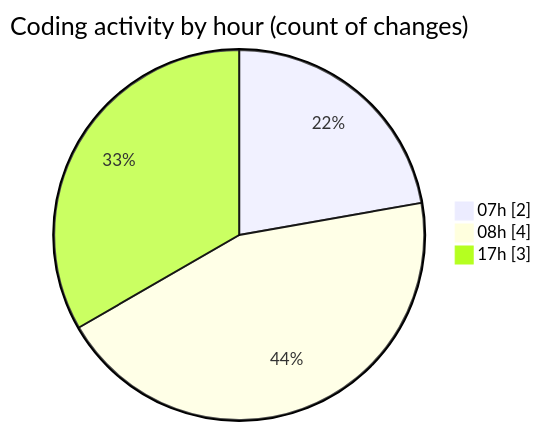
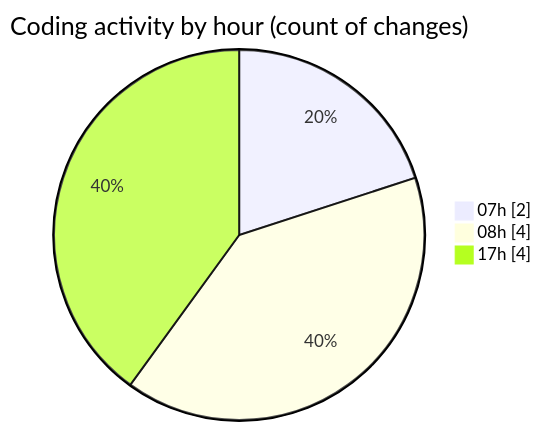
One commit to robertbonfada/code-tracking changed the second of 2 diagrams in 2025-02-19/mbc-web/README.md. Above: the diagram before and after it, drawn with Mermaid. The commit also changed other lines of this file and 1 other file, not shown here.

````diff
--- a/2025-02-19/mbc-web/README.md
+++ b/2025-02-19/mbc-web/README.md
@@ -33,7 +34,7 @@
 ```mermaid
 pie showData
 title Coding activity by hour (count of changes)
 "07h" : 2
 "08h" : 4
-"17h" : 3
+"17h" : 4
 ```
````
